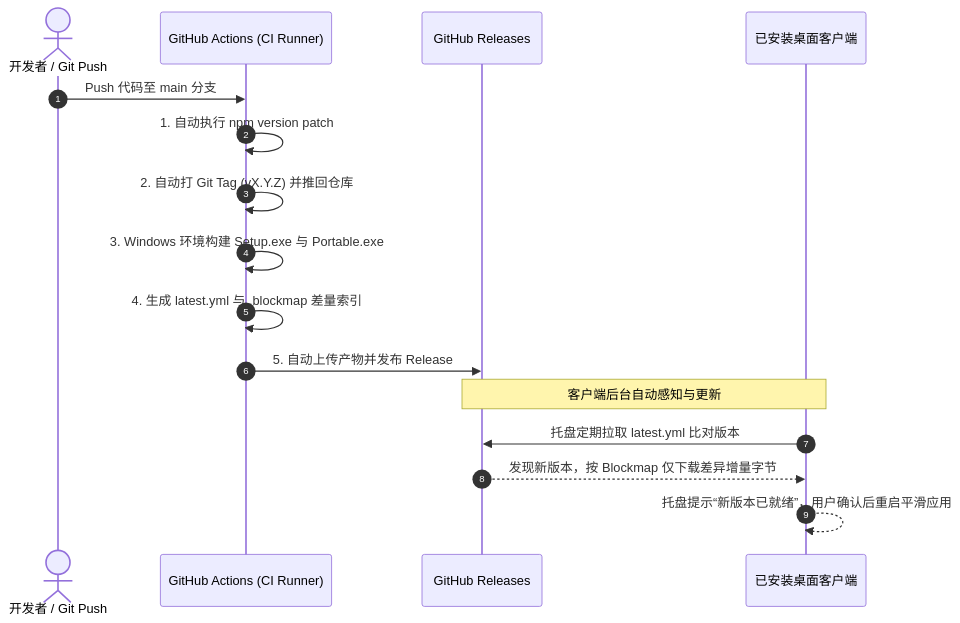
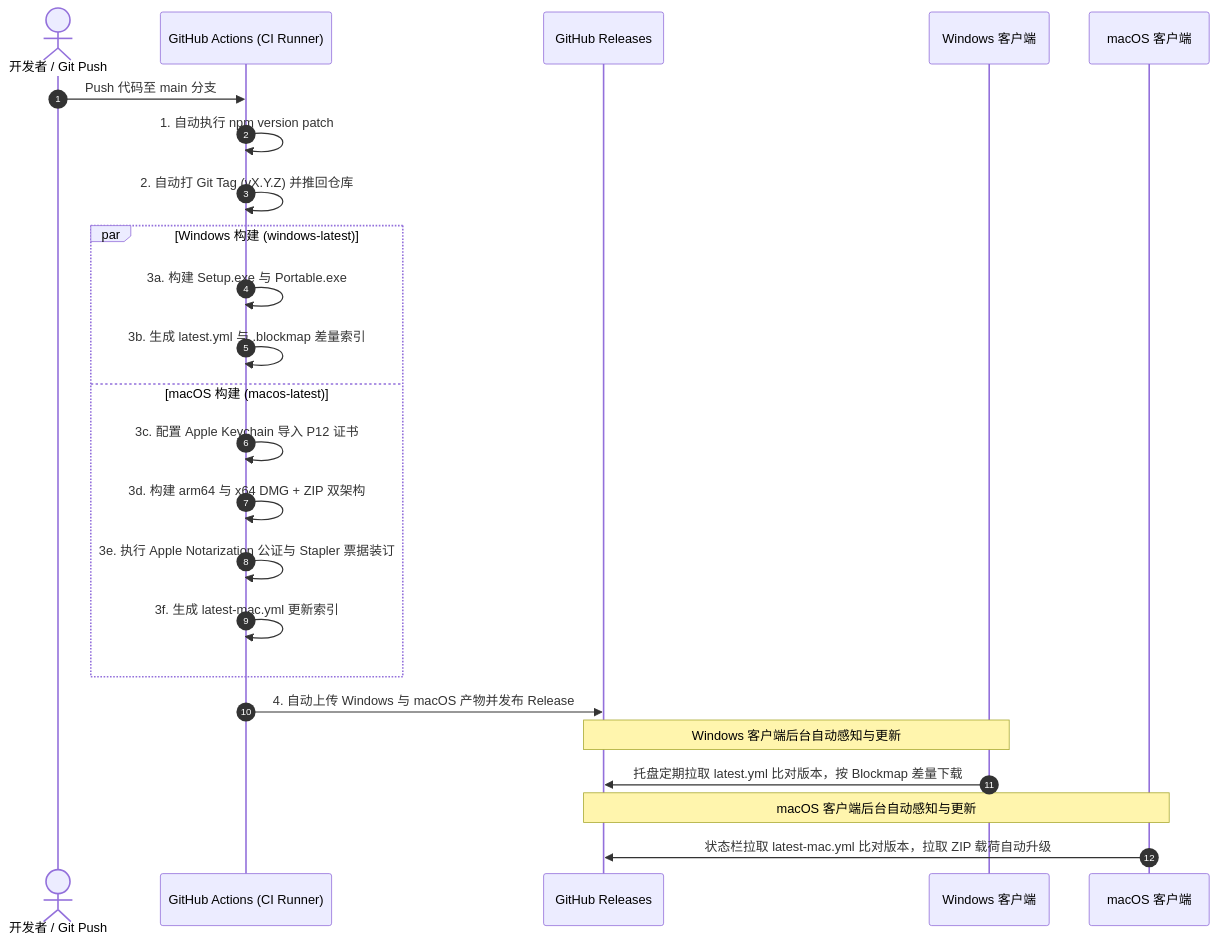
One commit to fanxiaolongx-max/privacy-policy changed diagram 17 of 17 in tools-platform/README.md. Above: the diagram before and after it, drawn with Mermaid. The commit also changed other lines of this file and 1 other file, not shown here.

````diff
--- a/tools-platform/README.md
+++ b/tools-platform/README.md
@@ -1358,19 +1455,27 @@
 ```mermaid
 sequenceDiagram
     autonumber
     actor Dev as 开发者 / Git Push
     participant CI as GitHub Actions (CI Runner)
     participant GH as GitHub Releases
-    participant Client as 已安装桌面客户端
+    participant WinClient as Windows 客户端
+    participant MacClient as macOS 客户端
 
     Dev->>CI: Push 代码至 main 分支
     CI->>CI: 1. 自动执行 npm version patch
     CI->>CI: 2. 自动打 Git Tag (vX.Y.Z) 并推回仓库
-    CI->>CI: 3. Windows 环境构建 Setup.exe 与 Portable.exe
-    CI->>CI: 4. 生成 latest.yml 与 .blockmap 差量索引
-    CI->>GH: 5. 自动上传产物并发布 Release
-    Note over Client,GH: 客户端后台自动感知与更新
-    Client->>GH: 托盘定期拉取 latest.yml 比对版本
-    GH-->>Client: 发现新版本，按 Blockmap 仅下载差异增量字节
-    Client-->>Client: 托盘提示“新版本已就绪”，用户确认后重启平滑应用
+    par Windows 构建 (windows-latest)
+        CI->>CI: 3a. 构建 Setup.exe 与 Portable.exe
+        CI->>CI: 3b. 生成 latest.yml 与 .blockmap 差量索引
+    and macOS 构建 (macos-latest)
+        CI->>CI: 3c. 配置 Apple Keychain 导入 P12 证书
+        CI->>CI: 3d. 构建 arm64 与 x64 DMG + ZIP 双架构
+        CI->>CI: 3e. 执行 Apple Notarization 公证与 Stapler 票据装订
+        CI->>CI: 3f. 生成 latest-mac.yml 更新索引
+    end
+    CI->>GH: 4. 自动上传 Windows 与 macOS 产物并发布 Release
+    Note over WinClient,GH: Windows 客户端后台自动感知与更新
+    WinClient->>GH: 托盘定期拉取 latest.yml 比对版本，按 Blockmap 差量下载
+    Note over MacClient,GH: macOS 客户端后台自动感知与更新
+    MacClient->>GH: 状态栏拉取 latest-mac.yml 比对版本，拉取 ZIP 载荷自动升级
 ```
````
